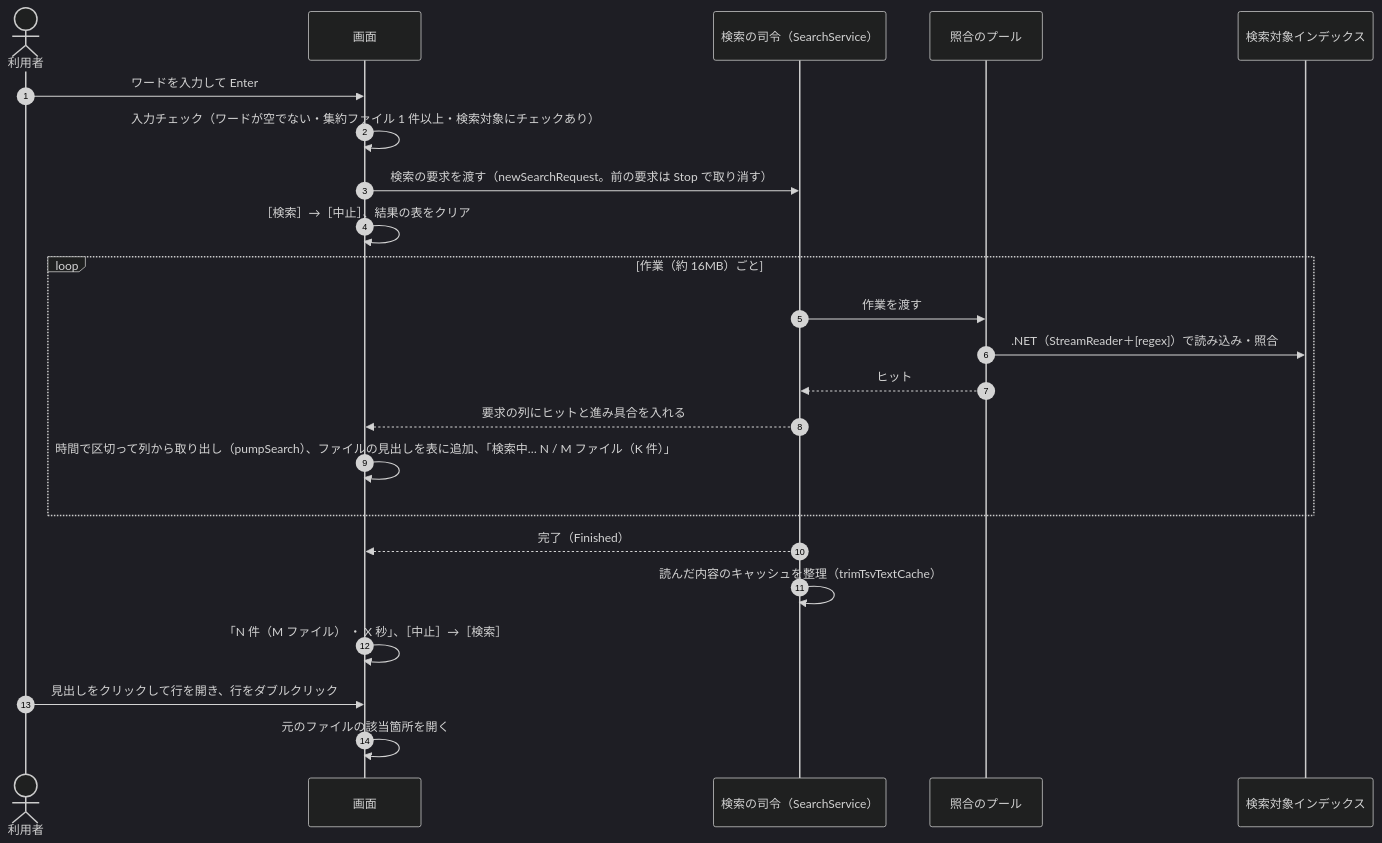
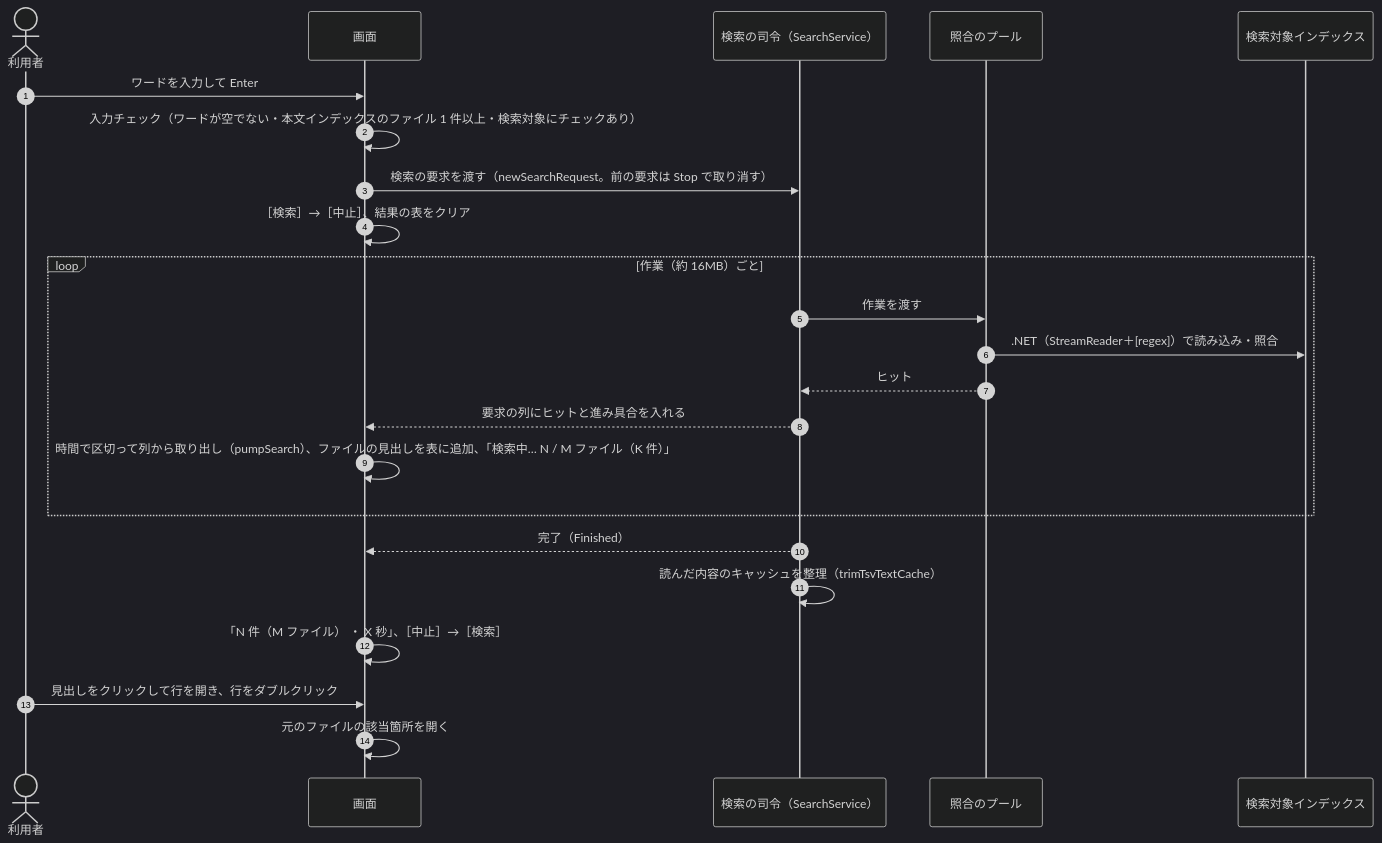
The second of 5 diagrams in docs/design/gui/state-flow.md (hsgwa/tebunko), drawn with Mermaid (dark theme) before and after one commit. The commit also changed other lines of this file and 27 other files, not shown here.

````diff
--- a/docs/design/gui/state-flow.md
+++ b/docs/design/gui/state-flow.md
@@ -51,26 +51,26 @@
 ```mermaid
 sequenceDiagram
     autonumber
     actor U as 利用者
     participant G as 画面
     participant S as 検索の司令（SearchService）
     participant P as 照合のプール
     participant I as 検索対象インデックス
 
     U->>G: ワードを入力して Enter
-    G->>G: 入力チェック（ワードが空でない・集約ファイル 1 件以上・検索対象にチェックあり）
+    G->>G: 入力チェック（ワードが空でない・本文インデックスのファイル 1 件以上・検索対象にチェックあり）
     G->>S: 検索の要求を渡す（newSearchRequest。前の要求は Stop で取り消す）
     G->>G: ［検索］→［中止］、結果の表をクリア
     loop 作業（約 16MB）ごと
         S->>P: 作業を渡す
         P->>I: .NET（StreamReader＋[regex]）で読み込み・照合
         P-->>S: ヒット
         S-->>G: 要求の列にヒットと進み具合を入れる
         G->>G: 時間で区切って列から取り出し（pumpSearch）、ファイルの見出しを表に追加、「検索中… N / M ファイル（K 件）」
     end
     S-->>G: 完了（Finished）
     S->>S: 読んだ内容のキャッシュを整理（trimTsvTextCache）
     G->>G: 「N 件（M ファイル） ・ X 秒」、［中止］→［検索］
     U->>G: 見出しをクリックして行を開き、行をダブルクリック
     G->>G: 元のファイルの該当箇所を開く
 ```
````
